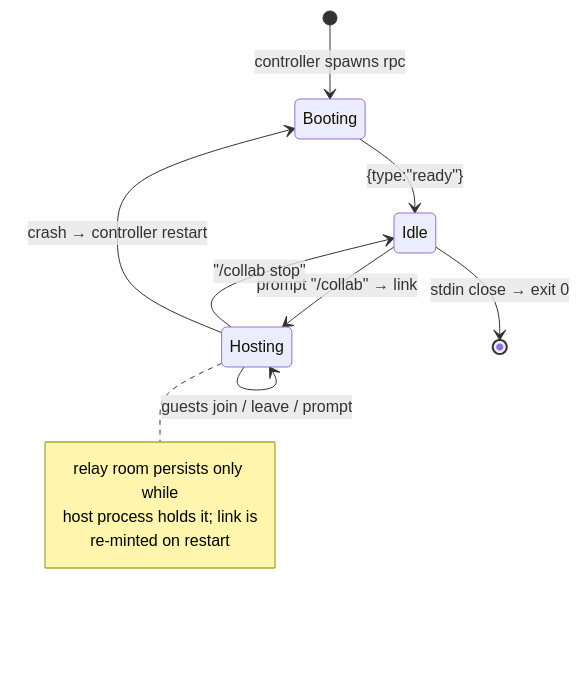
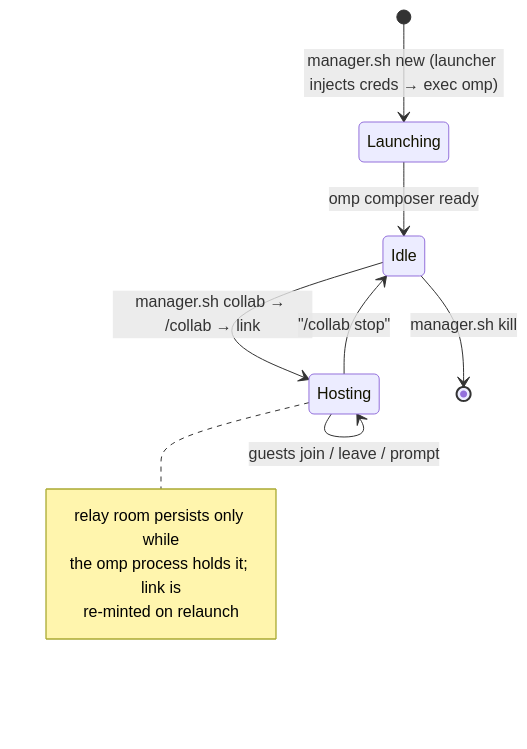
Before and after one commit to james-nesbitt/collab-agent: the fifth of 5 diagrams in ARCHITECTURE.md, drawn with Mermaid. The commit also changed other lines of this file and 13 other files, not shown here.

````diff
--- a/ARCHITECTURE.md
+++ b/ARCHITECTURE.md
@@ -274,15 +205,14 @@
 ```mermaid
 stateDiagram-v2
-  [*] --> Booting: controller spawns rpc
-  Booting --> Idle: {type:"ready"}
-  Idle --> Hosting: prompt "/collab" → link
+  [*] --> Launching: manager.sh new (launcher injects creds → exec omp)
+  Launching --> Idle: omp composer ready
+  Idle --> Hosting: manager.sh collab → /collab → link
   Hosting --> Hosting: guests join / leave / prompt
   Hosting --> Idle: "/collab stop"
-  Idle --> [*]: stdin close → exit 0
-  Hosting --> Booting: crash → controller restart
+  Idle --> [*]: manager.sh kill
   note right of Hosting
     relay room persists only while
-    host process holds it; link is
-    re-minted on restart
+    the omp process holds it; link is
+    re-minted on relaunch
   end note
 ```
````
